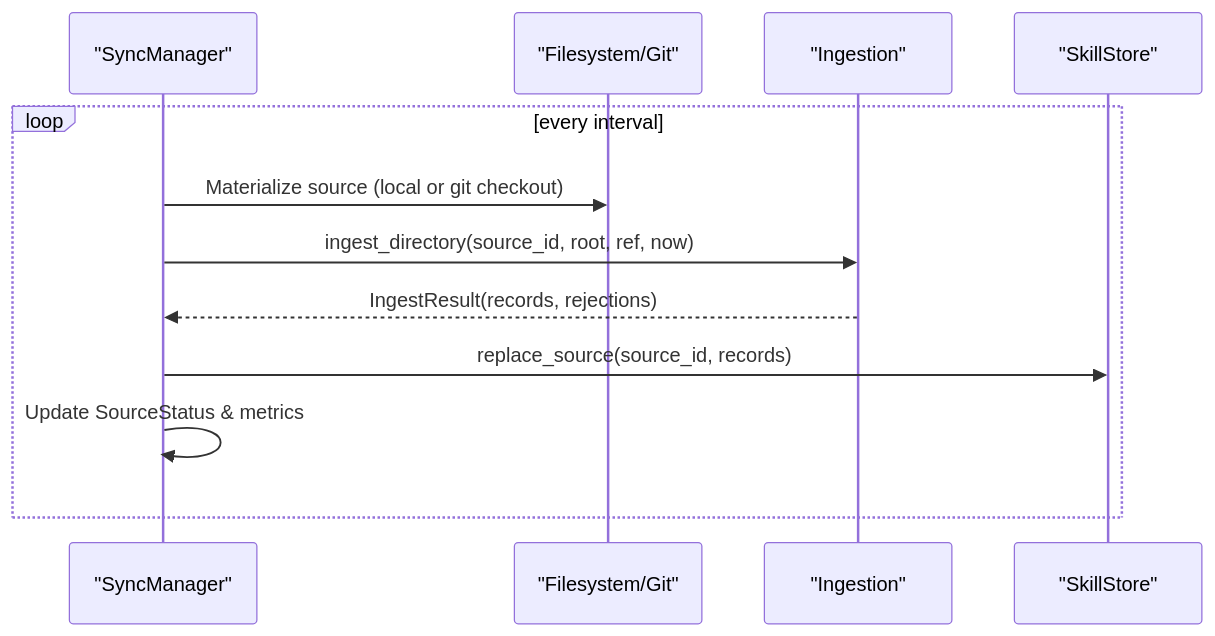
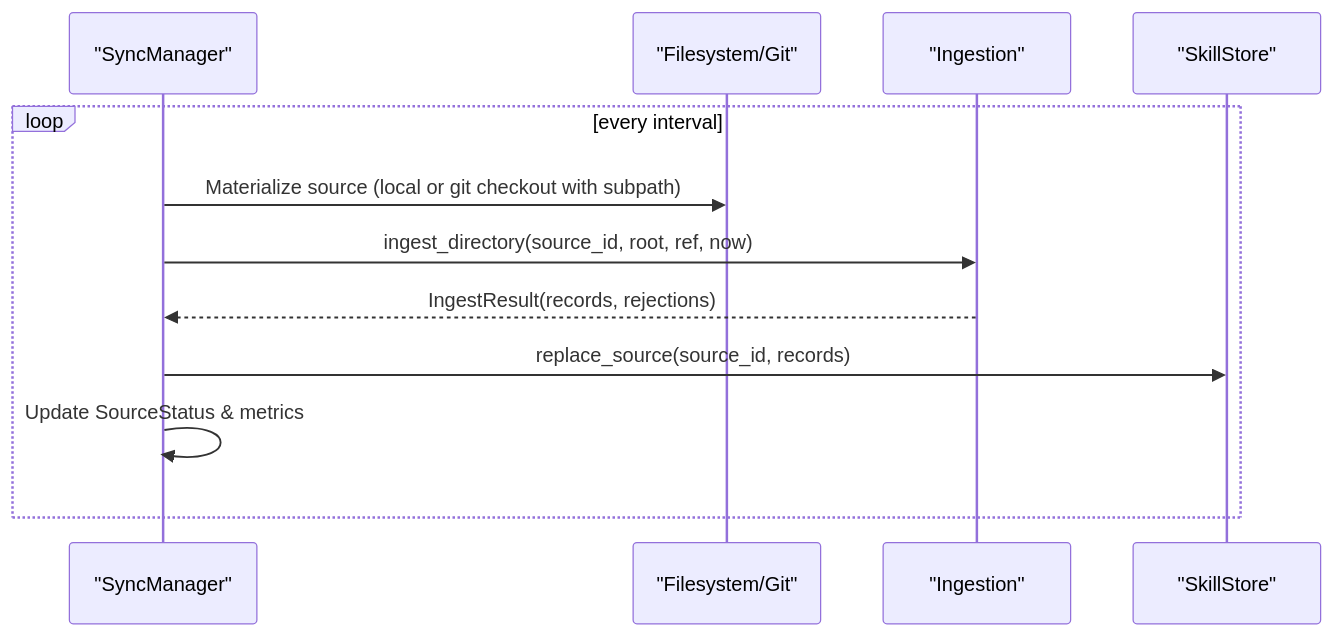
One commit to metasync/luban-aiops changed the seventh of 10 diagrams in .qoder/repowiki/en/content/Deployment and Operations/Skills Hub Service.md. Above: the diagram before and after it, drawn with Mermaid. The commit also changed other lines of this file and 4 other files, not shown here.

````diff
--- a/.qoder/repowiki/en/content/Deployment and Operations/Skills Hub Service.md
+++ b/.qoder/repowiki/en/content/Deployment and Operations/Skills Hub Service.md
@@ -269,14 +283,14 @@
 ```mermaid
 sequenceDiagram
 participant SM as "SyncManager"
 participant FS as "Filesystem/Git"
 participant IG as "Ingestion"
 participant ST as "SkillStore"
 loop every interval
-SM->>FS : Materialize source (local or git checkout)
+SM->>FS : Materialize source (local or git checkout with subpath)
 SM->>IG : ingest_directory(source_id, root, ref, now)
 IG-->>SM : IngestResult(records, rejections)
 SM->>ST : replace_source(source_id, records)
 SM->>SM : Update SourceStatus & metrics
 end
 ```
````
